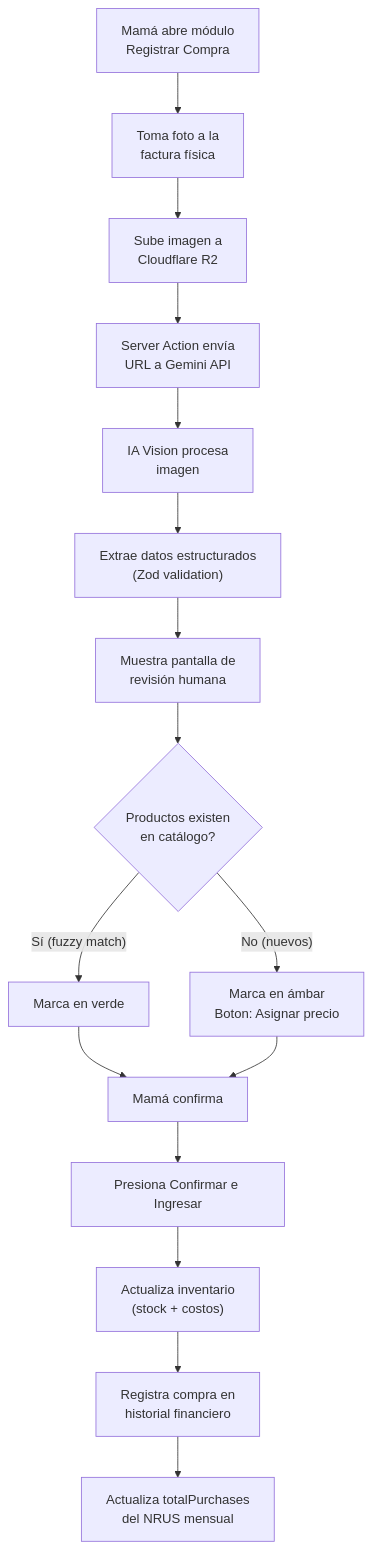
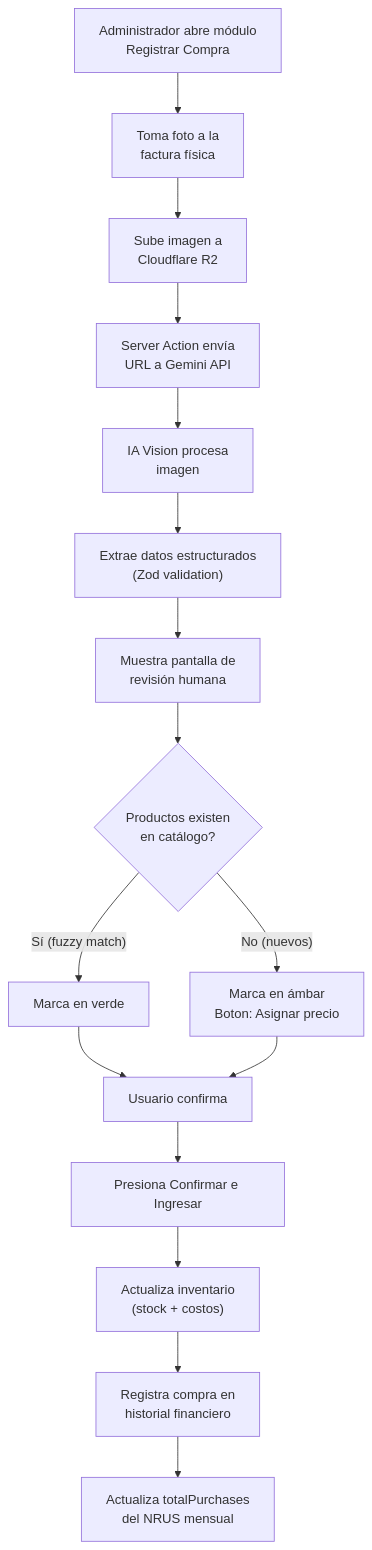
Before and after one commit to pcrisho/caja-rus: the second of 6 diagrams in docs/05-flows.md, drawn with Mermaid. The commit also changed other lines of this file and 26 other files, not shown here.

````diff
--- a/docs/05-flows.md
+++ b/docs/05-flows.md
@@ -70,23 +70,23 @@
 ```mermaid
 flowchart TD
-    A["Mamá abre módulo<br/>Registrar Compra"] --> B["Toma foto a la<br/>factura física"]
+    A["Administrador abre módulo<br/>Registrar Compra"] --> B["Toma foto a la<br/>factura física"]
     B --> C["Sube imagen a<br/>Cloudflare R2"]
     C --> D["Server Action envía<br/>URL a Gemini API"]
 
     D --> E["IA Vision procesa<br/>imagen"]
     E --> F["Extrae datos estructurados<br/>(Zod validation)"]
 
     F --> G["Muestra pantalla de<br/>revisión humana"]
     G --> H{"Productos existen<br/>en catálogo?"}
 
     H -->|"Sí (fuzzy match)"| I["Marca en verde"]
     H -->|"No (nuevos)"| J["Marca en ámbar<br/>Boton: Asignar precio"]
 
-    I --> K["Mamá confirma"]
+    I --> K["Usuario confirma"]
     J --> K
     K --> L["Presiona Confirmar e Ingresar"]
 
     L --> M["Actualiza inventario<br/>(stock + costos)"]
     M --> N["Registra compra en<br/>historial financiero"]
     N --> O["Actualiza totalPurchases<br/>del NRUS mensual"]
 ```
````
